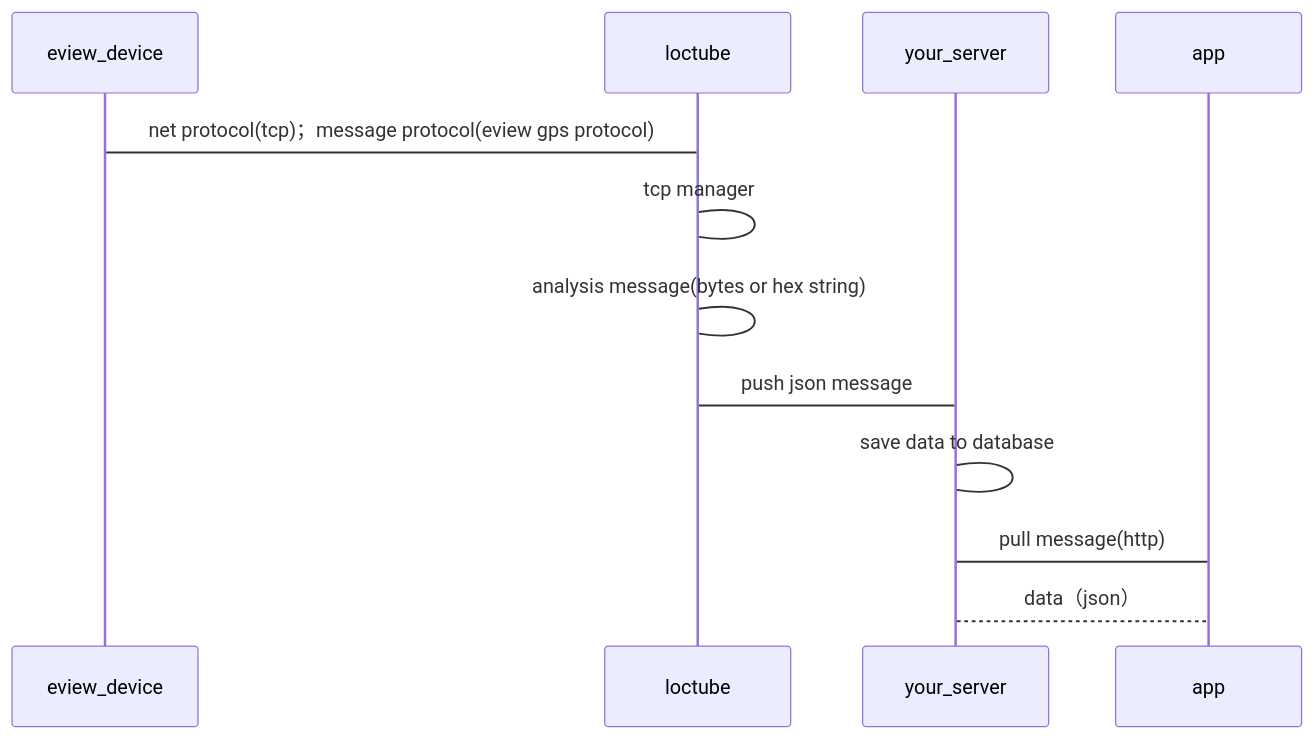
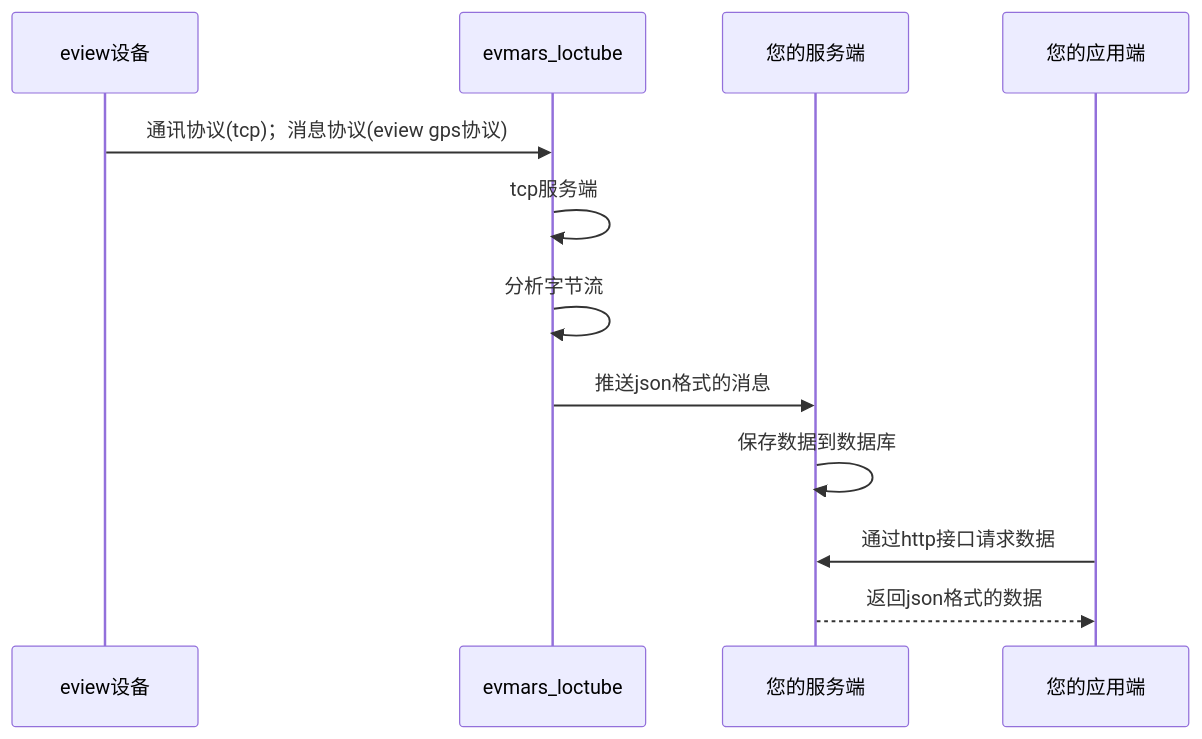
Before and after one commit to zeje/EviewCloudDoc: the diagram in src/zh/sequenceDiagram/forward.md, drawn with Mermaid. The commit also changed 39 other files, not shown here.

````diff
--- a/src/zh/sequenceDiagram/forward.md
+++ b/src/zh/sequenceDiagram/forward.md
@@ -1,17 +1,18 @@
 ```mermaid
 
 sequenceDiagram
 
-    participant device as eview_device
-    participant loctube as loctube
-    participant server as your_server
+    participant device as eview设备
+    participant loctube as evmars_loctube
+    participant server as 您的服务端
+    participant app as 您的应用端
 
-    device -> loctube: net protocol(tcp)；message protocol(eview gps protocol)
-    loctube -> loctube: tcp manager
-    loctube -> loctube: analysis message(bytes or hex string)
-    loctube -> server : push json message
-    server -> server: save data to database
-    app -> server : pull message(http)
-    server --> app: data（json）
+    device ->> loctube: 通讯协议(tcp)；消息协议(eview gps协议)
+    loctube ->> loctube: tcp服务端
+    loctube ->> loctube: 分析字节流
+    loctube ->> server : 推送json格式的消息
+    server ->> server: 保存数据到数据库
+    app ->> server : 通过http接口请求数据
+    server -->> app: 返回json格式的数据
 
 ```
````
